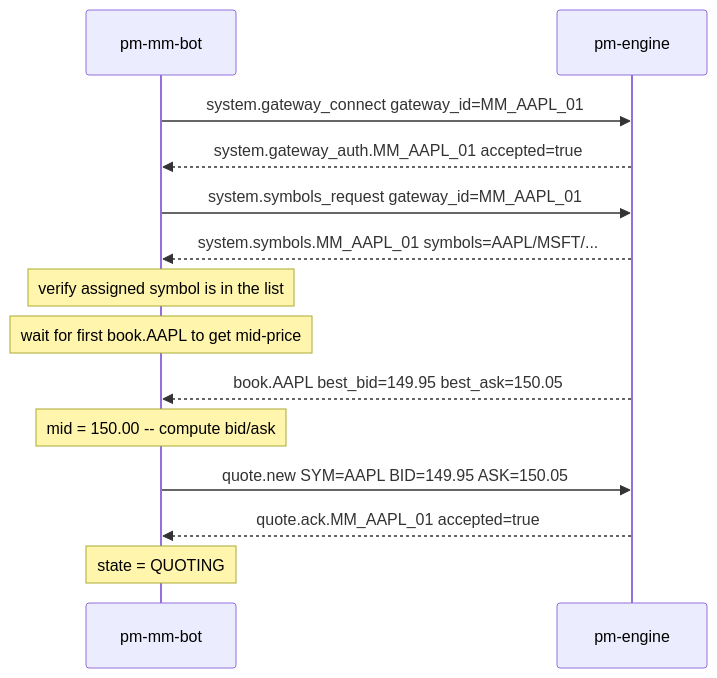
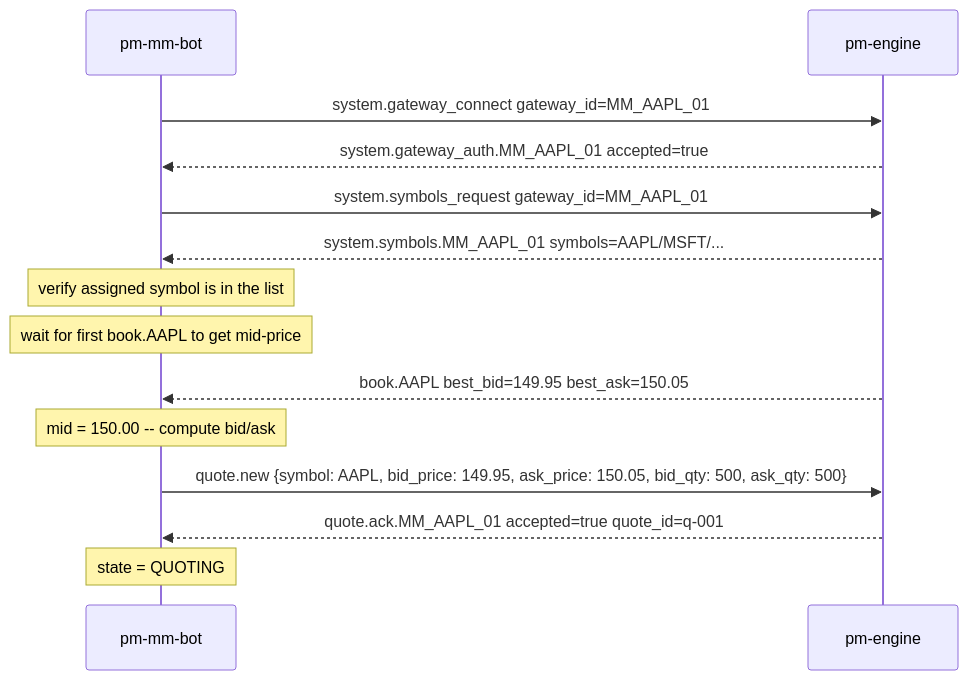
Before and after one commit to johan162/EduMatcher: the third of 6 diagrams in docs-design/EduMatcher-MM-bots.md, drawn with Mermaid. The commit also changed other lines of this file and 2 other files, not shown here.

````diff
--- a/docs-design/EduMatcher-MM-bots.md
+++ b/docs-design/EduMatcher-MM-bots.md
@@ -263,17 +263,17 @@
 ```mermaid
 sequenceDiagram
     participant B as pm-mm-bot
     participant E as pm-engine
 
     B->>E: system.gateway_connect gateway_id=MM_AAPL_01
     E-->>B: system.gateway_auth.MM_AAPL_01 accepted=true
     B->>E: system.symbols_request gateway_id=MM_AAPL_01
     E-->>B: system.symbols.MM_AAPL_01 symbols=AAPL/MSFT/...
     Note over B: verify assigned symbol is in the list
     Note over B: wait for first book.AAPL to get mid-price
     E-->>B: book.AAPL best_bid=149.95 best_ask=150.05
     Note over B: mid = 150.00 -- compute bid/ask
-    B->>E: quote.new SYM=AAPL BID=149.95 ASK=150.05
-    E-->>B: quote.ack.MM_AAPL_01 accepted=true
+    B->>E: quote.new {symbol: AAPL, bid_price: 149.95, ask_price: 150.05, bid_qty: 500, ask_qty: 500}
+    E-->>B: quote.ack.MM_AAPL_01 accepted=true quote_id=q-001
     Note over B: state = QUOTING
 ```
````
